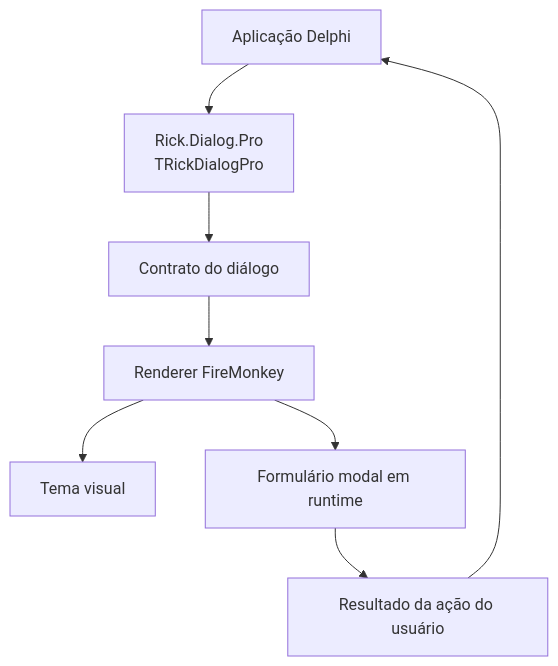
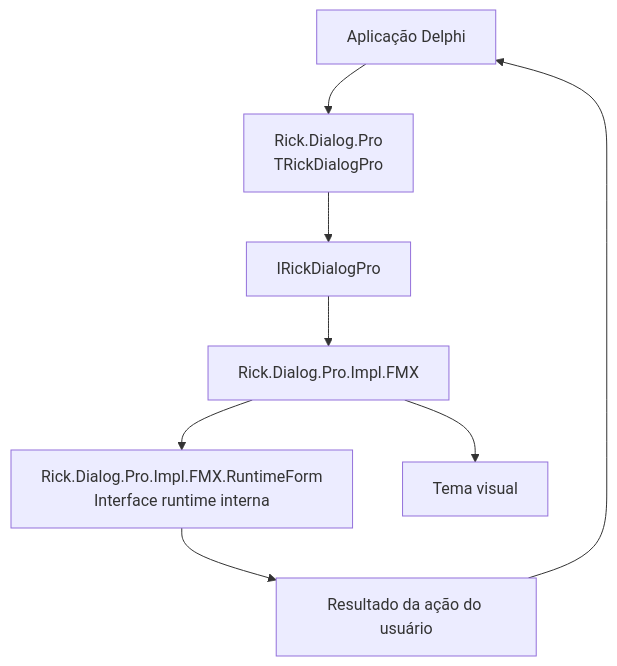
The first of 2 diagrams in README.pt-BR.md (ricksolucoes/RickDialogPro), drawn with Mermaid before and after one commit. The commit also changed other lines of this file and 27 other files, not shown here.

````diff
--- a/README.pt-BR.md
+++ b/README.pt-BR.md
@@ -83,10 +84,10 @@
 ```mermaid
 flowchart TD
     APP[Aplicação Delphi] --> API[Rick.Dialog.Pro\nTRickDialogPro]
-    API --> CONTRACT[Contrato do diálogo]
-    CONTRACT --> RENDERER[Renderer FireMonkey]
-    RENDERER --> THEME[Tema visual]
-    RENDERER --> FORM[Formulário modal em runtime]
-    FORM --> RESULT[Resultado da ação do usuário]
+    API --> CONTRACT[IRickDialogPro]
+    CONTRACT --> IMPL[Rick.Dialog.Pro.Impl.FMX]
+    IMPL --> RUNTIME[Rick.Dialog.Pro.Impl.FMX.RuntimeForm\nInterface runtime interna]
+    IMPL --> THEME[Tema visual]
+    RUNTIME --> RESULT[Resultado da ação do usuário]
     RESULT --> APP
 ```
````
